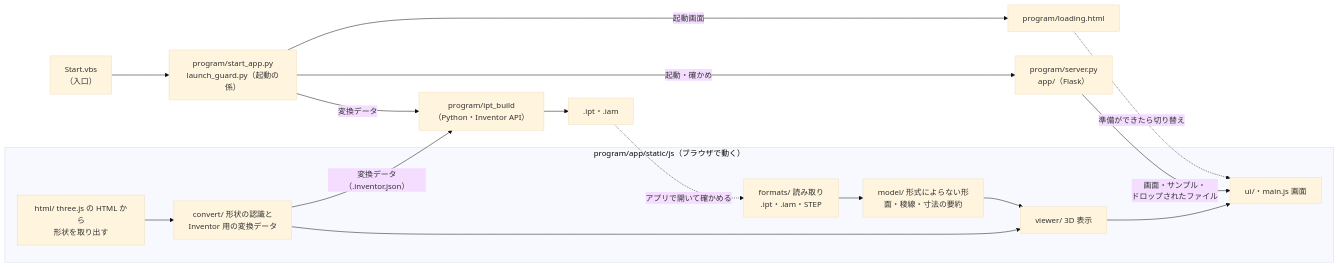
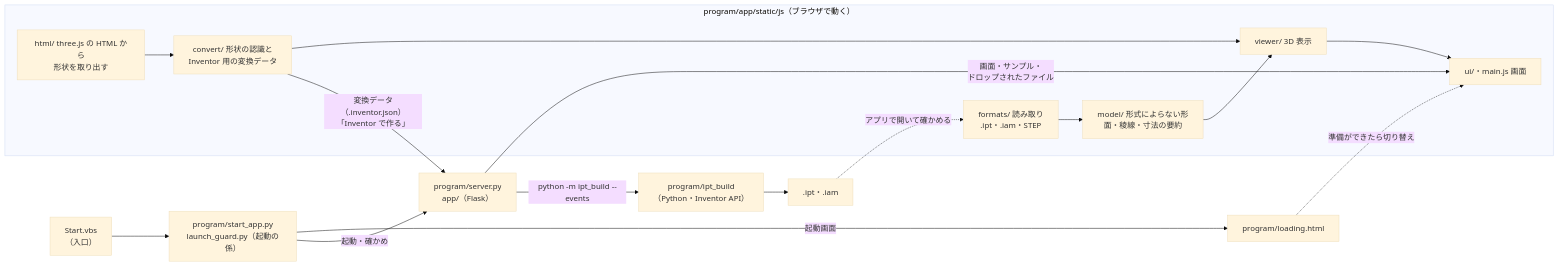
The diagram in README.md (satoshi-hello-vlioilv/Inventor), drawn with Mermaid (base theme) before and after one commit. The commit also changed other lines of this file and 33 other files, not shown here.

First line of the commit message:
Build in Inventor from the app, and open conversion data in it

````diff
--- a/README.md
+++ b/README.md
@@ -43,18 +73,18 @@
 ```mermaid
 flowchart LR
   VBS["Start.vbs<br/>（入口）"] --> SA["program/start_app.py<br/>launch_guard.py（起動の係）"]
   SA -- "起動画面" --> LOAD["program/loading.html"]
   SA -- "起動・確かめ" --> SRV["program/server.py<br/>app/（Flask）"]
-  SA -- "変換データ" --> B
   LOAD -. "準備ができたら切り替え" .-> UI
   SRV -- "画面・サンプル・<br/>ドロップされたファイル" --> UI
   subgraph js["program/app/static/js（ブラウザで動く）"]
     F["formats/ 読み取り<br/>.ipt・.iam・STEP"] --> M["model/ 形式によらない形<br/>面・稜線・寸法の要約"]
     H["html/ three.js の HTML から<br/>形状を取り出す"] --> C["convert/ 形状の認識と<br/>Inventor 用の変換データ"]
     M --> V["viewer/ 3D 表示"]
     C --> V
     V --> UI["ui/・main.js 画面"]
   end
-  C -- "変換データ（.inventor.json）" --> B["program/ipt_build<br/>（Python・Inventor API）"] --> OUT[".ipt・.iam"]
+  C -- "変換データ（.inventor.json）<br/>「Inventor で作る」" --> SRV
+  SRV -- "python -m ipt_build --events" --> B["program/ipt_build<br/>（Python・Inventor API）"] --> OUT[".ipt・.iam"]
   OUT -. "アプリで開いて確かめる" .-> F
 ```
````
